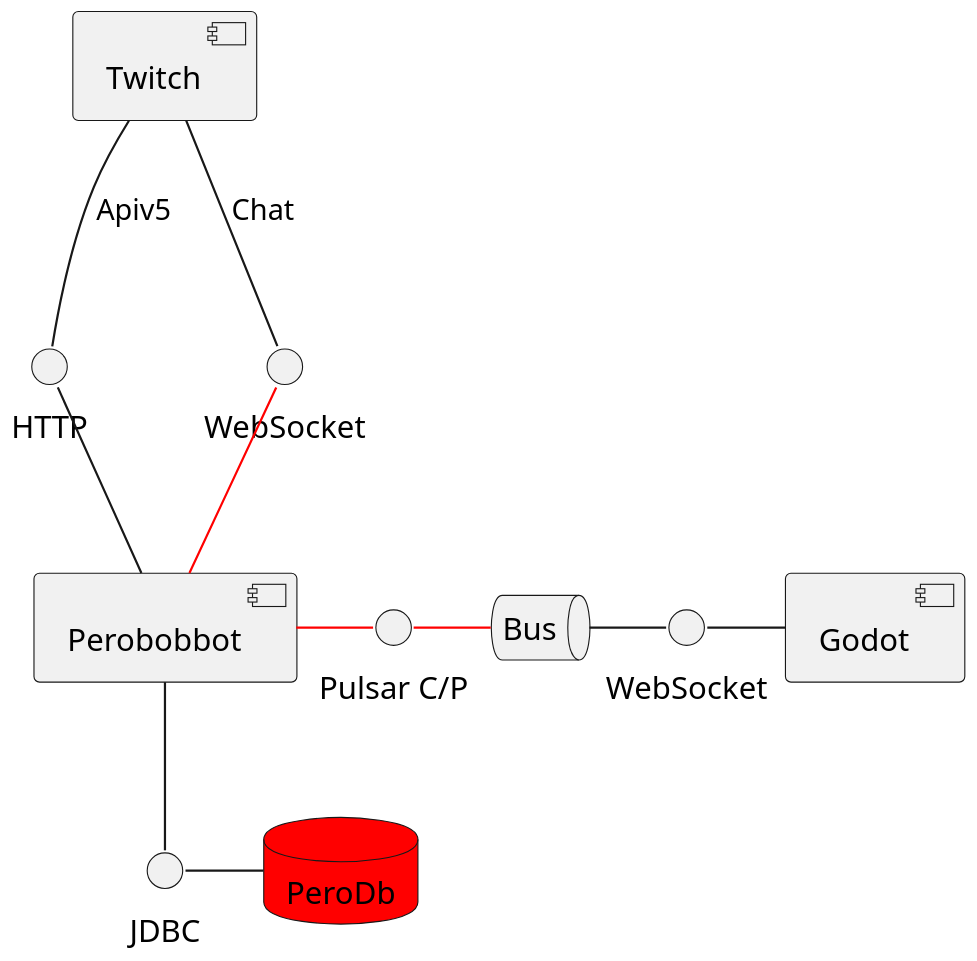
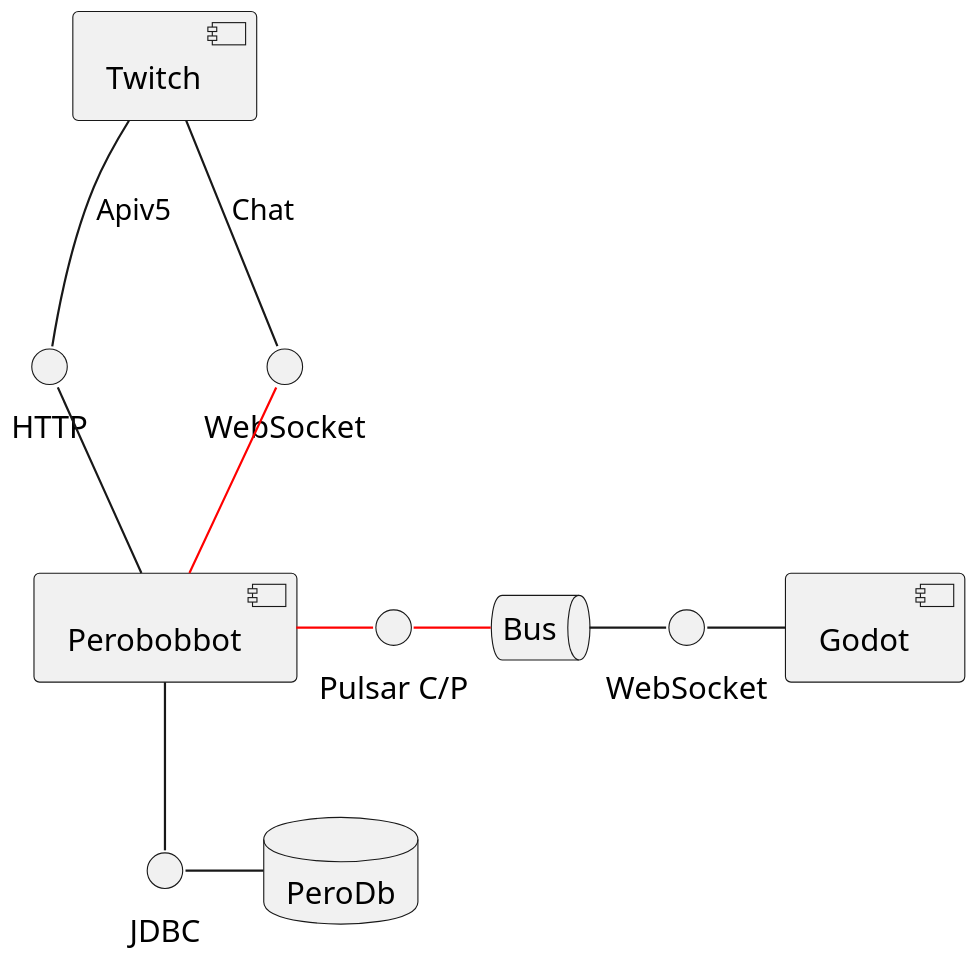
The diagram in docs/components.puml (baracil/perobobbot), drawn with PlantUML before and after one commit. The commit also changed 12 other files, not shown here.

```diff
--- a/docs/components.puml
+++ b/docs/components.puml
@@ -1,36 +1,37 @@
 @startuml
 
 scale 2
 interface HTTP as TwitchWebClient
 interface WebSocket as TwitchChat
 
 [Twitch] -- TwitchWebClient : Apiv5
 [Twitch] -- TwitchChat : Chat
 
 component "Perobobbot" as Perobobbot {
 }
 
-database PeroDb #FF0000 {
+database PeroDb {
 }
+
 queue "Bus" as Bus
 
 TwitchWebClient -- Perobobbot
 TwitchChat -- Perobobbot #FF0000
 
 interface "Pulsar C/P" as Pulsar
 
 Perobobbot - Pulsar #FF0000
 Pulsar - Bus #FF0000
 Bus - WebSocket
 WebSocket - [Godot]
 
 Perobobbot -- JDBC
 JDBC - PeroDb
 
 
 
 
 
 
 
 @enduml
```
